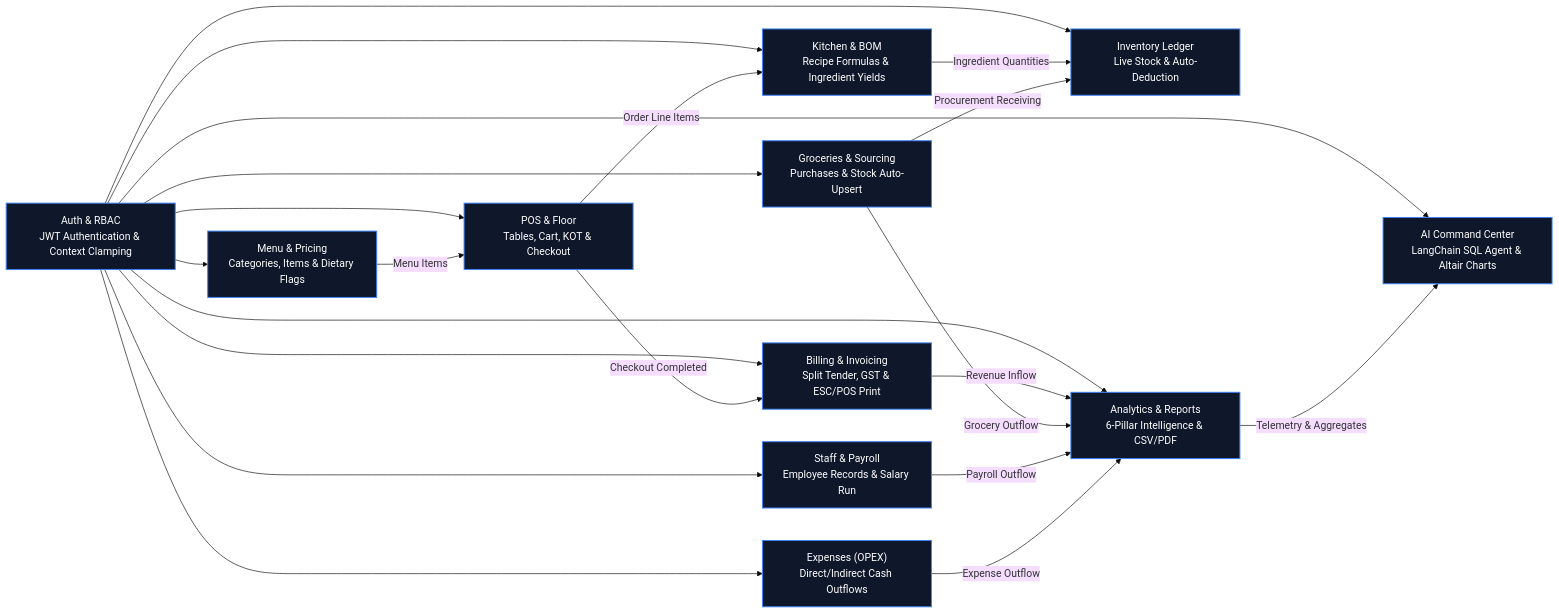
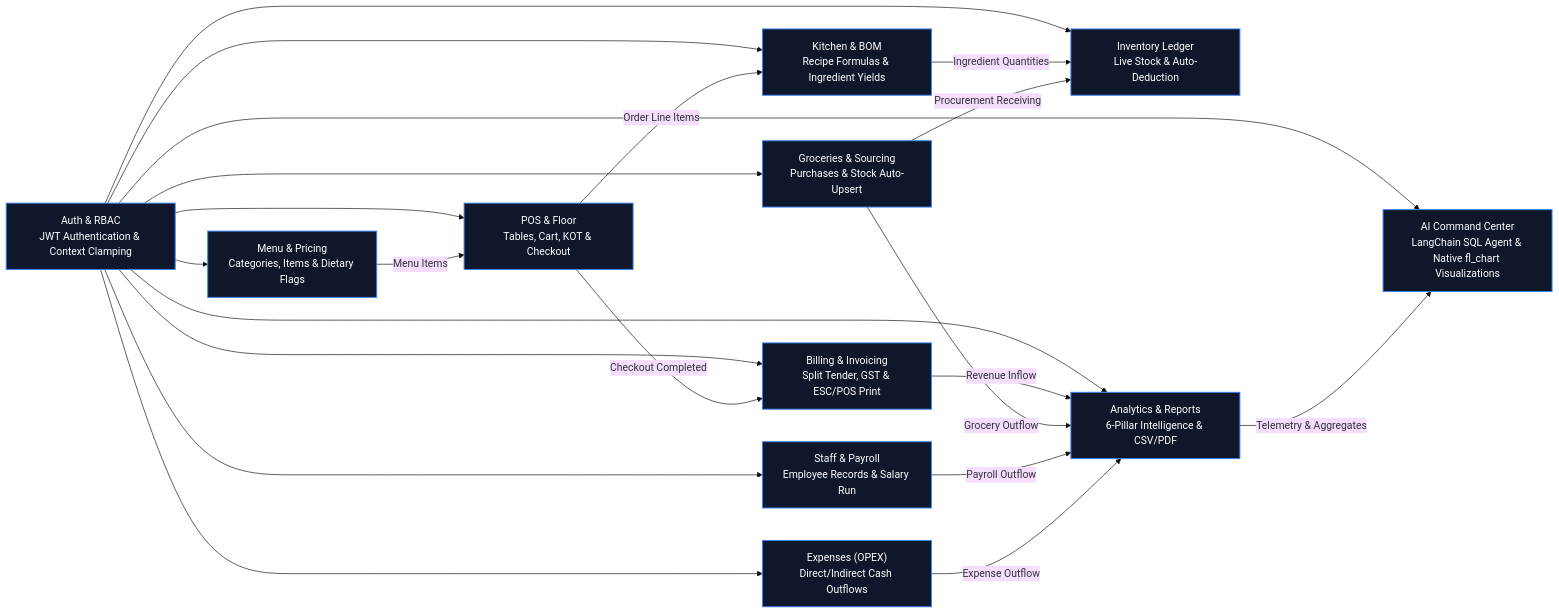
The second of 42 diagrams in IOR_360_COMPLETE_DOCUMENTATION.md (bottesaketh-dev/restaurant-revenue-tracker-flutter), drawn with Mermaid (base theme) before and after one commit. The commit also changed other lines of this file and 34 other files, not shown here.

Commit message:
Modified AI command center to have chat history

````diff
--- a/IOR_360_COMPLETE_DOCUMENTATION.md
+++ b/IOR_360_COMPLETE_DOCUMENTATION.md
@@ -113,28 +113,28 @@
 ```mermaid
 flowchart LR
     classDef mod fill:#0f172a,stroke:#3b82f6,stroke-width:1.5px,color:#ffffff;
     
     A["Auth & RBAC<br/>JWT Authentication & Context Clamping"]:::mod
     B["POS & Floor<br/>Tables, Cart, KOT & Checkout"]:::mod
     C["Menu & Pricing<br/>Categories, Items & Dietary Flags"]:::mod
     D["Kitchen & BOM<br/>Recipe Formulas & Ingredient Yields"]:::mod
     E["Groceries & Sourcing<br/>Purchases & Stock Auto-Upsert"]:::mod
     F["Inventory Ledger<br/>Live Stock & Auto-Deduction"]:::mod
     G["Staff & Payroll<br/>Employee Records & Salary Run"]:::mod
     H["Expenses (OPEX)<br/>Direct/Indirect Cash Outflows"]:::mod
     I["Billing & Invoicing<br/>Split Tender, GST & ESC/POS Print"]:::mod
     J["Analytics & Reports<br/>6-Pillar Intelligence & CSV/PDF"]:::mod
-    K["AI Command Center<br/>LangChain SQL Agent & Altair Charts"]:::mod
+    K["AI Command Center<br/>LangChain SQL Agent & Native fl_chart Visualizations"]:::mod
 
     A --> B & C & D & E & F & G & H & I & J & K
     C -->|Menu Items| B
     B -->|Checkout Completed| I
     B -->|Order Line Items| D
     D -->|Ingredient Quantities| F
     E -->|Procurement Receiving| F
     I -->|Revenue Inflow| J
     E -->|Grocery Outflow| J
     G -->|Payroll Outflow| J
     H -->|Expense Outflow| J
     J -->|Telemetry & Aggregates| K
 ```
````
